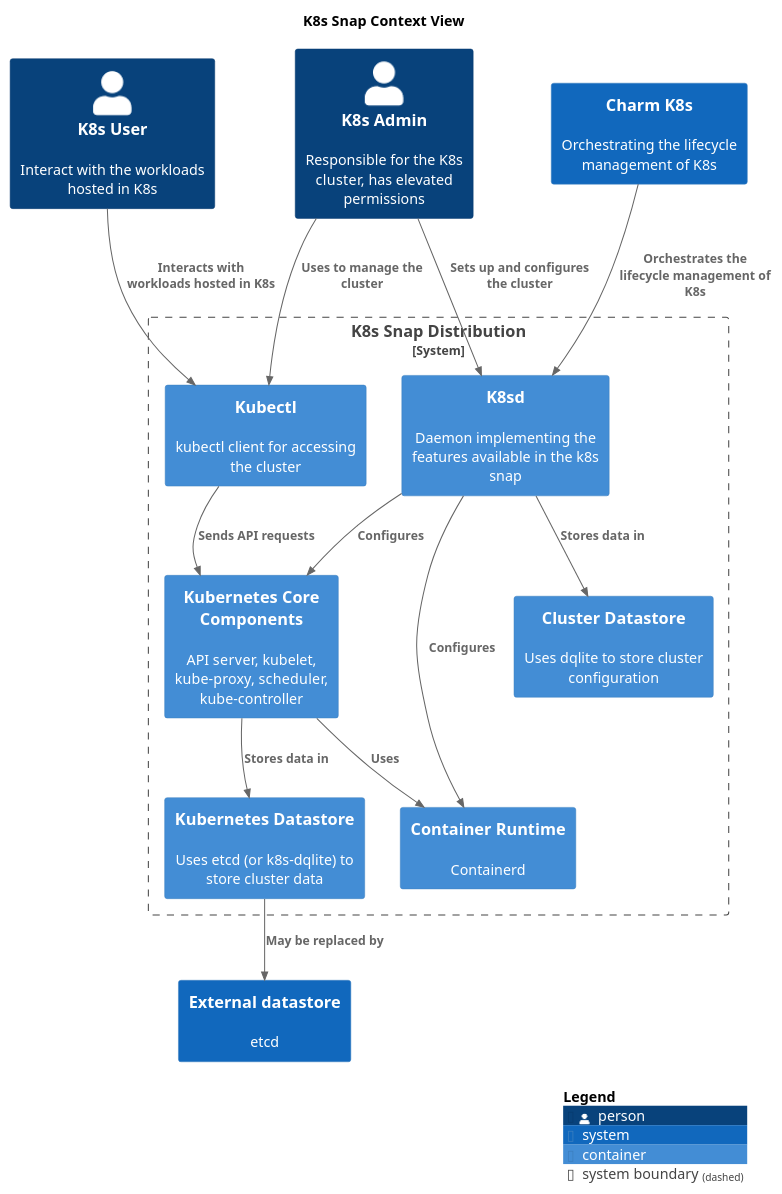
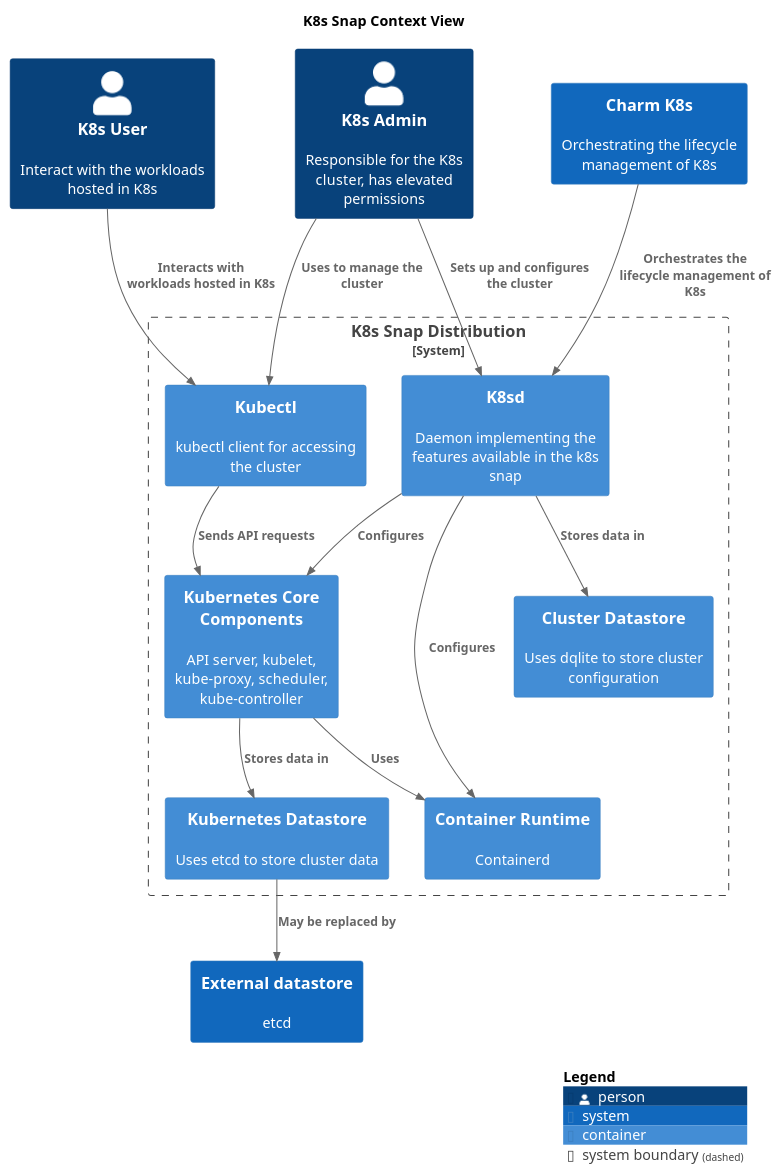
One commit to canonical/k8s-snap changed the diagram in docs/canonicalk8s/assets/k8s-container.puml. Above: the diagram before and after it, drawn with PlantUML. The commit also changed 18 other files, not shown here.

```diff
--- a/docs/canonicalk8s/assets/k8s-container.puml
+++ b/docs/canonicalk8s/assets/k8s-container.puml
@@ -1,38 +1,38 @@
 @startuml
 set separator none
 title K8s Snap Context View
 
 top to bottom direction
 
 !include <C4/C4>
 !include <C4/C4_Context>
 !include <C4/C4_Container>
 
 Person(K8sAdmin, "K8s Admin", $descr="Responsible for the K8s cluster, has elevated permissions", $tags="", $link="")
 Person(K8sUser, "K8s User", $descr="Interact with the workloads hosted in K8s", $tags="", $link="")
 System(CharmK8s, "Charm K8s", $descr="Orchestrating the lifecycle management of K8s", $tags="", $link="")
 System(Externaldatastore, "External datastore", $descr="etcd", $tags="", $link="")
 
 System_Boundary("K8sSnapDistribution_boundary", "K8s Snap Distribution", $tags="") {
   Container(K8sSnapDistribution.KubernetesCoreComponents, "Kubernetes Core Components", $techn="", $descr="API server, kubelet, kube-proxy, scheduler, kube-controller", $tags="", $link="")
   Container(K8sSnapDistribution.ContainerRuntime, "Container Runtime", $techn="", $descr="Containerd", $tags="", $link="")
   Container(K8sSnapDistribution.K8sd, "K8sd", $techn="", $descr="Daemon implementing the features available in the k8s snap", $tags="", $link="")
   Container(K8sSnapDistribution.K8sddatastore, "Cluster Datastore", $techn="", $descr="Uses dqlite to store cluster configuration", $tags="", $link="")
   Container(K8sSnapDistribution.Kubectl, "Kubectl", $techn="", $descr="kubectl client for accessing the cluster", $tags="", $link="")
-  Container(K8sSnapDistribution.Kubernetesdatastore, "Kubernetes Datastore", $techn="", $descr="Uses etcd (or k8s-dqlite) to store cluster data", $tags="", $link="")
+  Container(K8sSnapDistribution.Kubernetesdatastore, "Kubernetes Datastore", $techn="", $descr="Uses etcd to store cluster data", $tags="", $link="")
 }
 
 Rel(K8sAdmin, K8sSnapDistribution.K8sd, "Sets up and configures the cluster", $techn="", $tags="", $link="")
 Rel(K8sAdmin, K8sSnapDistribution.Kubectl, "Uses to manage the cluster", $techn="", $tags="", $link="")
 Rel(K8sUser, K8sSnapDistribution.Kubectl, "Interacts with workloads hosted in K8s", $techn="", $tags="", $link="")
 Rel(CharmK8s, K8sSnapDistribution.K8sd, "Orchestrates the lifecycle management of K8s", $techn="", $tags="", $link="")
 Rel(K8sSnapDistribution.K8sd, K8sSnapDistribution.K8sddatastore, "Stores data in", $techn="", $tags="", $link="")
 Rel(K8sSnapDistribution.KubernetesCoreComponents, K8sSnapDistribution.Kubernetesdatastore, "Stores data in", $techn="", $tags="", $link="")
 Rel(K8sSnapDistribution.Kubernetesdatastore, Externaldatastore, "May be replaced by", $techn="", $tags="", $link="")
 Rel(K8sSnapDistribution.K8sd, K8sSnapDistribution.KubernetesCoreComponents, "Configures", $techn="", $tags="", $link="")
 Rel(K8sSnapDistribution.KubernetesCoreComponents, K8sSnapDistribution.ContainerRuntime, "Uses", $techn="", $tags="", $link="")
 Rel(K8sSnapDistribution.Kubectl, K8sSnapDistribution.KubernetesCoreComponents, "Sends API requests", $techn="", $tags="", $link="")
 Rel(K8sSnapDistribution.K8sd, K8sSnapDistribution.ContainerRuntime, "Configures", $techn="", $tags="", $link="")
 
 SHOW_LEGEND(true)
 @enduml
```
